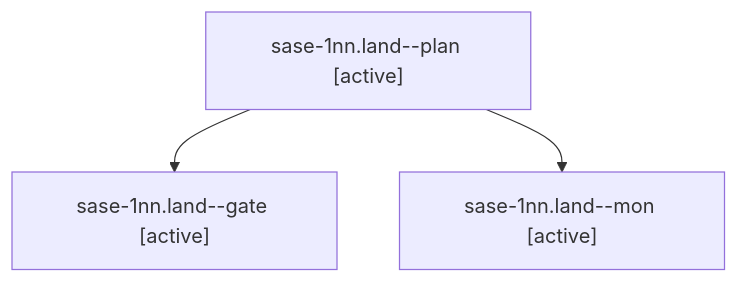
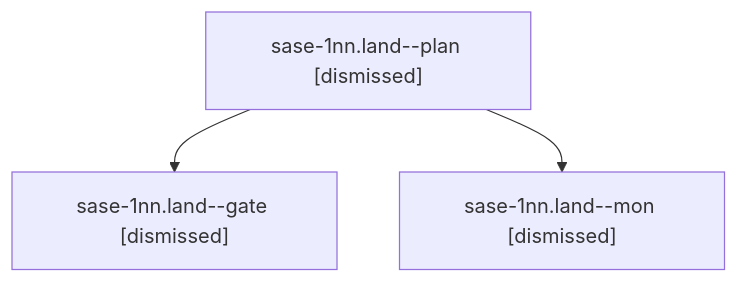
The diagram in sessions/bbugyi200.athena.sase-1nn.land.md (sase-org/sase--agents), drawn with Mermaid before and after one commit. The commit also changed other lines of this file and 188 other files, not shown here.

````diff
--- a/sessions/bbugyi200.athena.sase-1nn.land.md
+++ b/sessions/bbugyi200.athena.sase-1nn.land.md
@@ -9,8 +9,8 @@
 ```mermaid
 flowchart TD
-  n0["sase-1nn.land--plan [active]"]
-  n1["sase-1nn.land--gate [active]"]
+  n0["sase-1nn.land--plan [dismissed]"]
+  n1["sase-1nn.land--gate [dismissed]"]
   n0 --> n1
-  n2["sase-1nn.land--mon [active]"]
+  n2["sase-1nn.land--mon [dismissed]"]
   n0 --> n2
 ```
````
